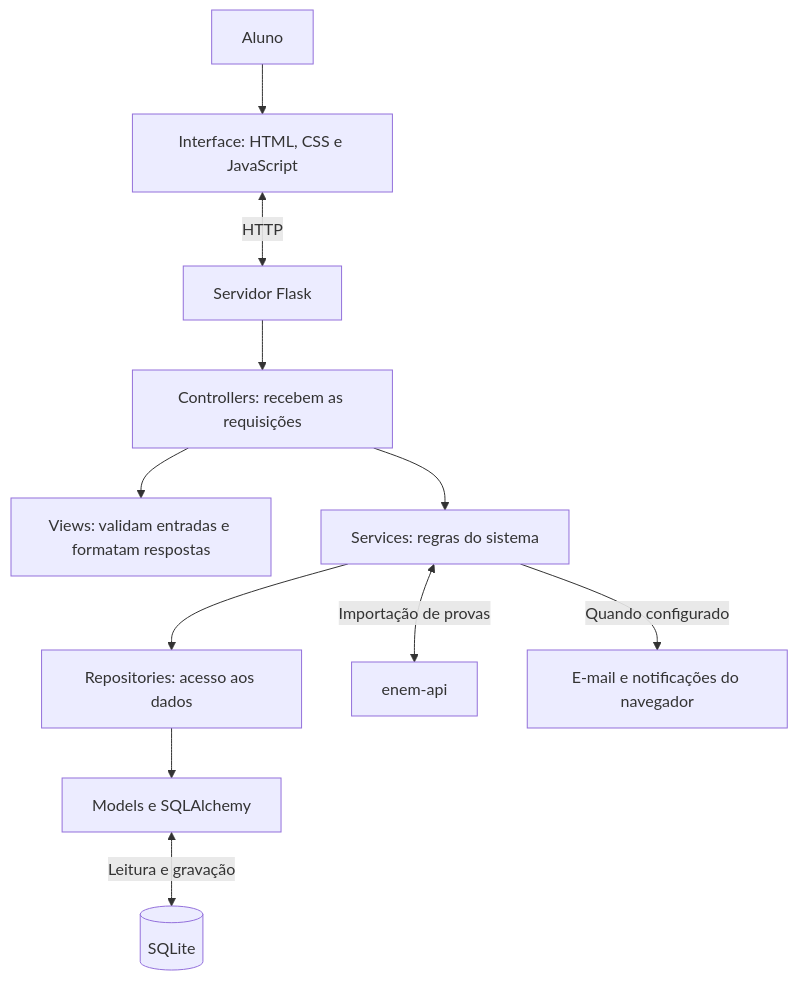
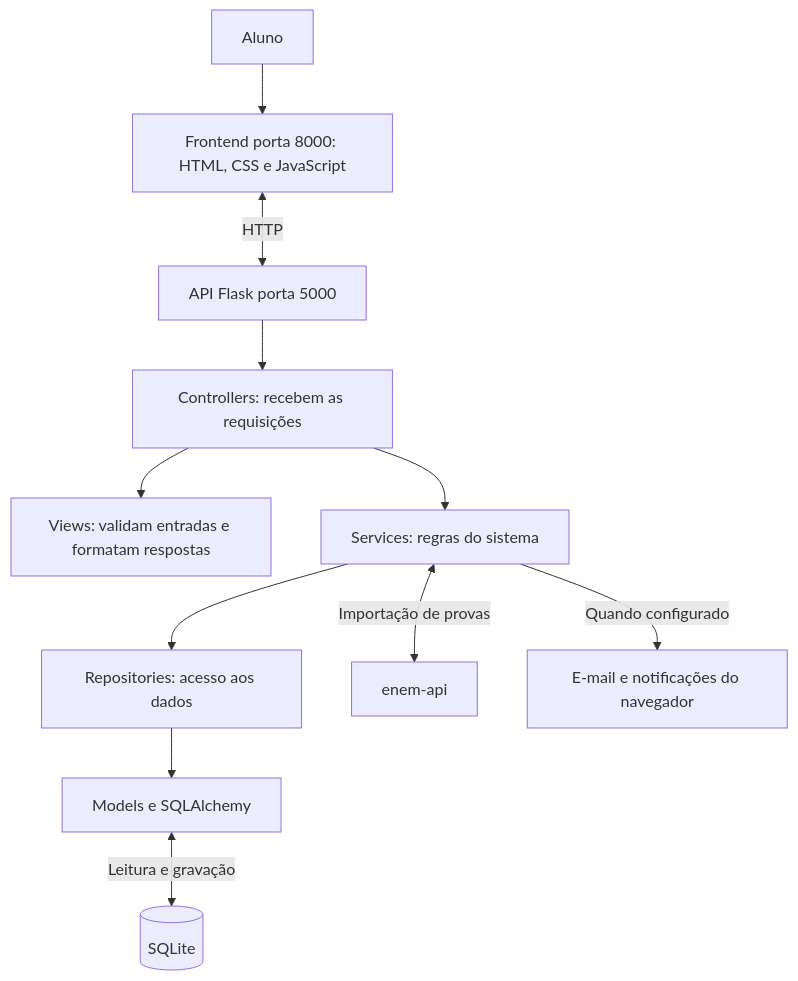
Before and after one commit to ProENEMLab/END-ProENEMLab: the first of 2 diagrams in docs/arquitetura.md, drawn with Mermaid. The commit also changed other lines of this file and 6 other files, not shown here.

````diff
--- a/docs/arquitetura.md
+++ b/docs/arquitetura.md
@@ -7,13 +7,13 @@
 ```mermaid
 flowchart TD
-    aluno[Aluno] --> interface[Interface: HTML, CSS e JavaScript]
-    interface <-->|HTTP| servidor[Servidor Flask]
+    aluno[Aluno] --> interface[Frontend porta 8000: HTML, CSS e JavaScript]
+    interface <-->|HTTP| servidor[API Flask porta 5000]
     servidor --> controllers[Controllers: recebem as requisições]
     controllers --> views[Views: validam entradas e formatam respostas]
     controllers --> services[Services: regras do sistema]
     services --> repositories[Repositories: acesso aos dados]
     repositories --> models[Models e SQLAlchemy]
     models <-->|Leitura e gravação| banco[(SQLite)]
     services <-->|Importação de provas| fonte[enem-api]
     services -->|Quando configurado| canais[E-mail e notificações do navegador]
 ```
````
